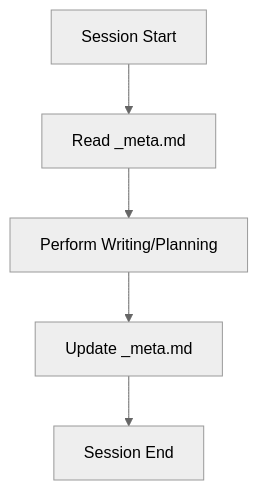
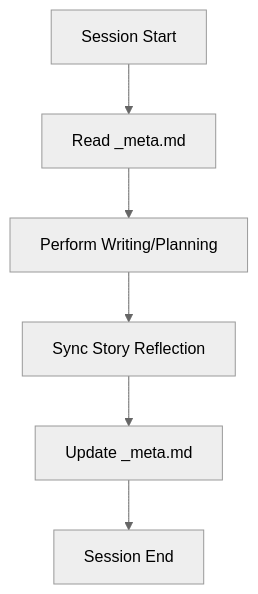
Before and after one commit to kavao/monogatari-coach: the third of 5 diagrams in .rulesync/rules/overview.md, drawn with Mermaid (neutral theme). The commit also changed other lines of this file and 23 other files, not shown here.

````diff
--- a/.rulesync/rules/overview.md
+++ b/.rulesync/rules/overview.md
@@ -472,7 +476,8 @@
 ```mermaid
 flowchart TD
     Start[Session Start] --> ReadMeta[Read _meta.md]
     ReadMeta --> ExecuteTask[Perform Writing/Planning]
-    ExecuteTask --> UpdateMeta[Update _meta.md]
+    ExecuteTask --> SyncMeta[Sync Story Reflection]
+    SyncMeta --> UpdateMeta[Update _meta.md]
     UpdateMeta --> End[Session End]
 ```
````
